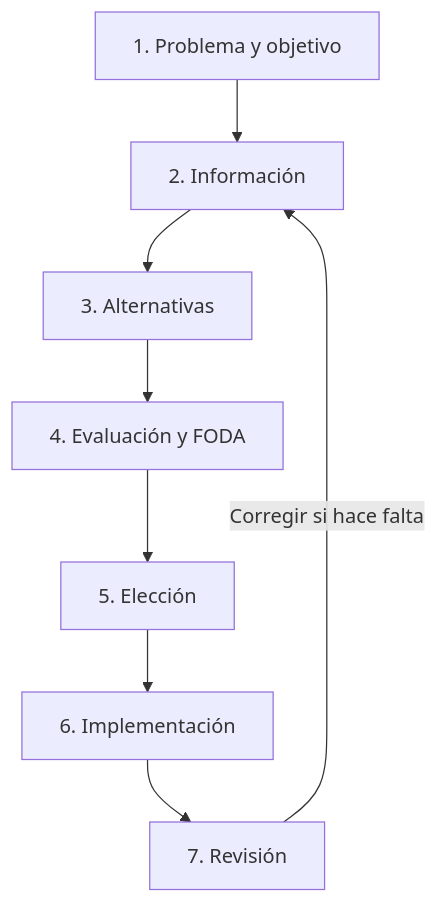
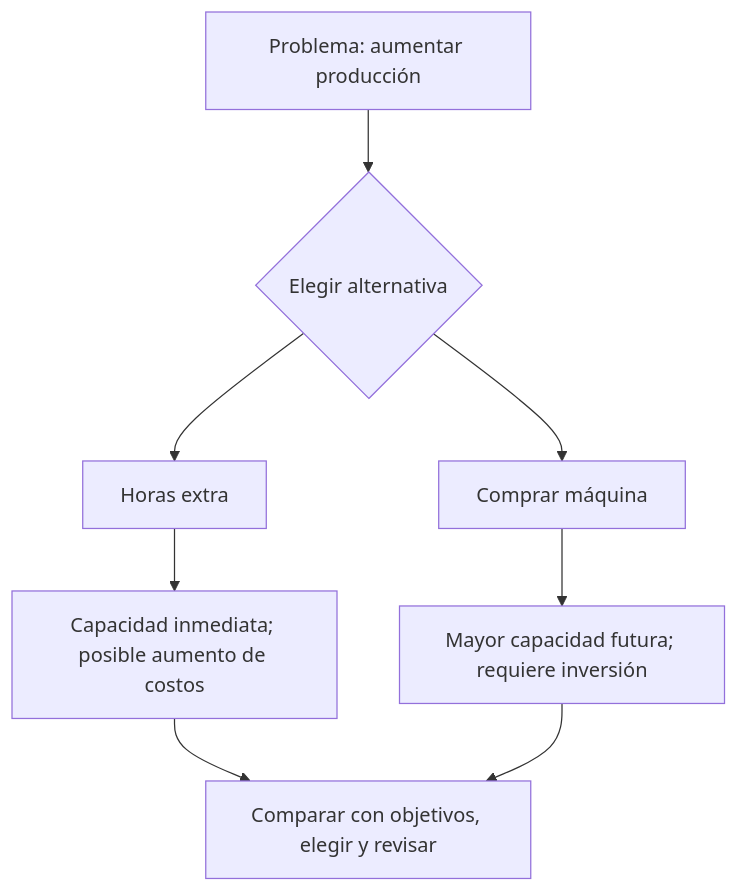
Before and after one commit to sophrpm/MDreader: the diagram in README.md, drawn with Mermaid. The commit also changed other lines of this file, not shown here.

````diff
--- a/README.md
+++ b/README.md
@@ -397,10 +462,10 @@
 ```mermaid
 flowchart TD
-    A[1. Problema y objetivo] --> B[2. Información]
-    B --> C[3. Alternativas]
-    C --> D[4. Evaluación y FODA]
-    D --> E[5. Elección]
-    E --> F[6. Implementación]
-    F --> G[7. Revisión]
-    G -->|Corregir si hace falta| B
+A[Problema: aumentar producción] --> B{Elegir alternativa}
+B --> C[Horas extra]
+B --> D[Comprar máquina]
+C --> E[Capacidad inmediata; posible aumento de costos]
+D --> F[Mayor capacidad futura; requiere inversión]
+E --> G[Comparar con objetivos, elegir y revisar]
+F --> G
 ```
````
